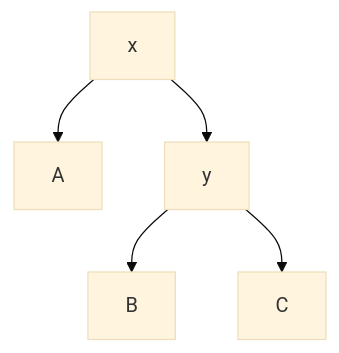
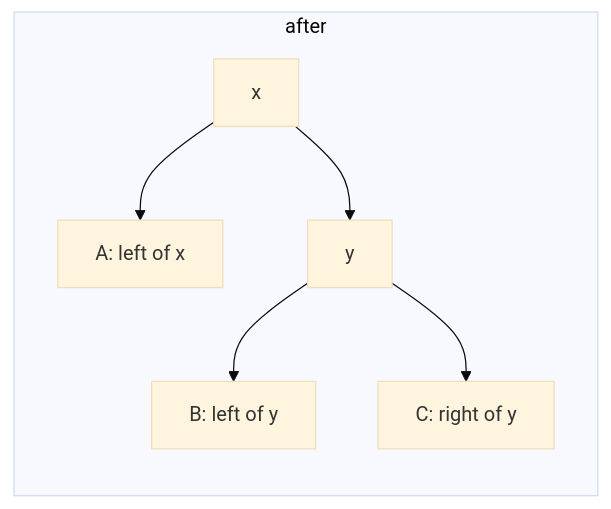
Before and after one commit to bkuberek/coding-study: the fourth of 4 diagrams in guides/binary-search-trees/guide.md, drawn with Mermaid (base theme). The commit also changed other lines of this file and 27 other files, not shown here.

````diff
--- a/guides/binary-search-trees/guide.md
+++ b/guides/binary-search-trees/guide.md
@@ -311,9 +341,12 @@
 ```mermaid
-flowchart TD
+flowchart LR
   accTitle: After a right rotation
   accDescr: x is now the parent. Its left subtree is A and its right child is y, whose left and right subtrees are B and C.
-  x["x"] --> a["A"]
-  x --> y["y"]
-  y --> b["B"]
-  y --> c["C"]
+  subgraph after["after"]
+    direction TB
+    x["x"] --> a["A: left of x"]
+    x --> y["y"]
+    y --> b["B: left of y"]
+    y --> c["C: right of y"]
+  end
 ```
````
